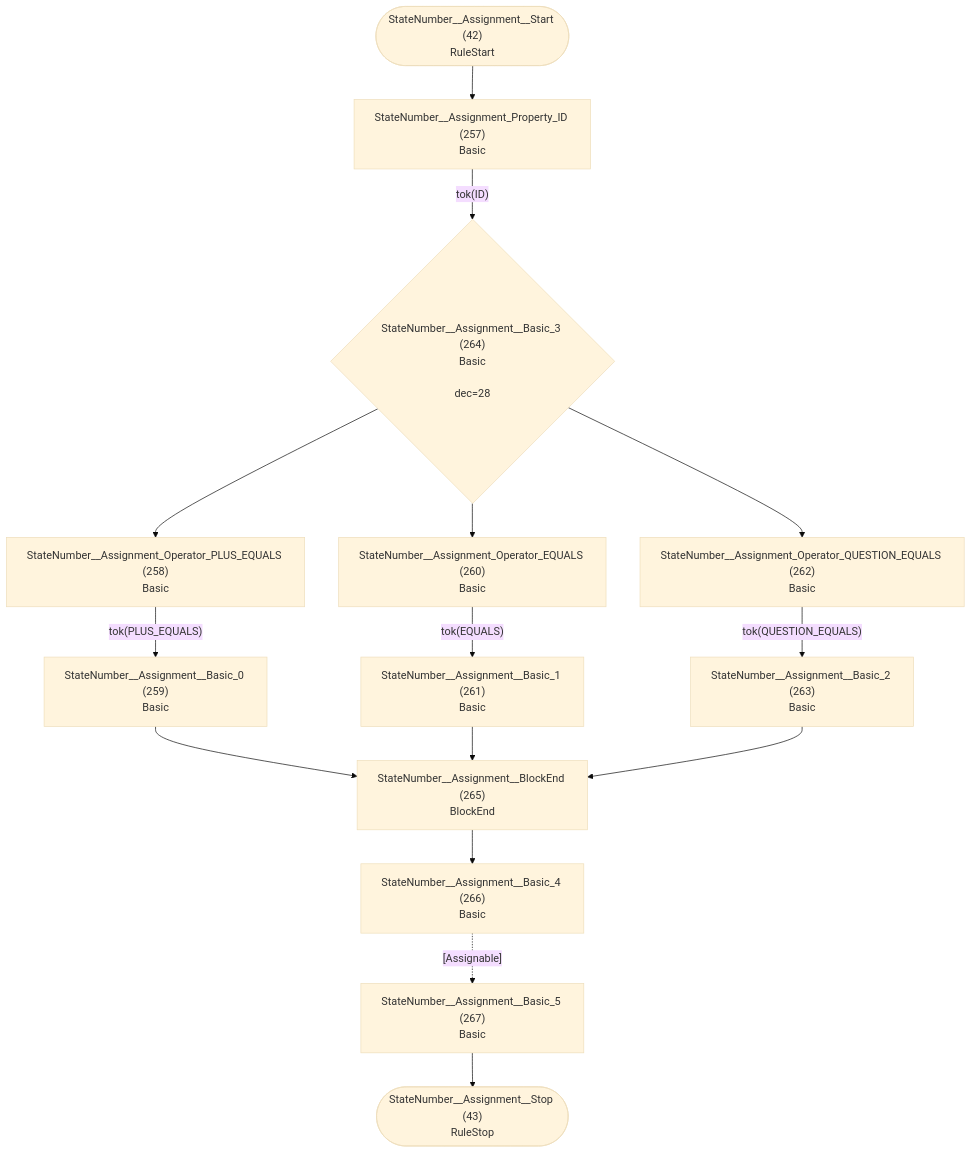
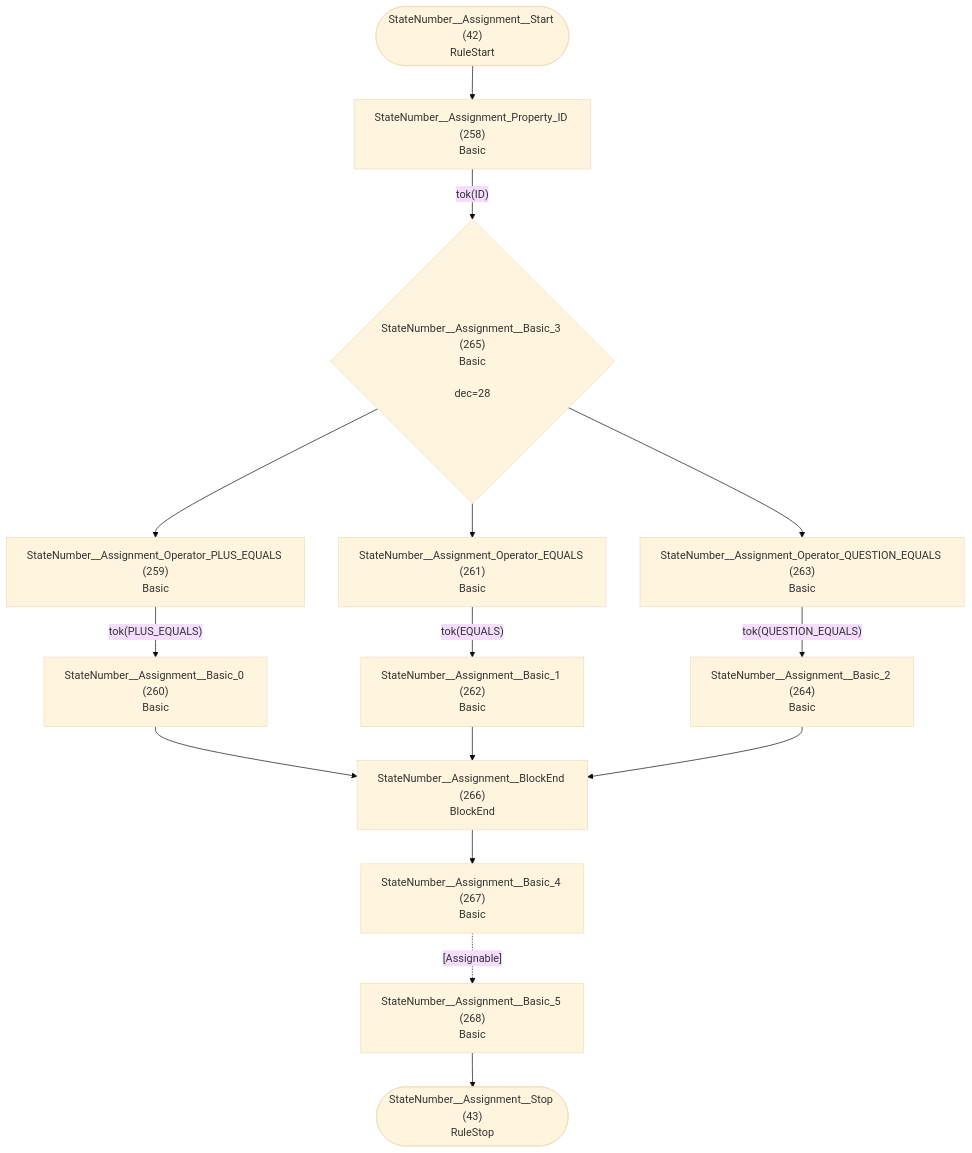
Before and after one commit to TypeFox/fastbelt: diagram 22 of 32 in internal/grammar/atn.md, drawn with Mermaid (base theme). The commit also changed other lines of this file and 6 other files, not shown here.

````diff
--- a/internal/grammar/atn.md
+++ b/internal/grammar/atn.md
@@ -641,31 +643,31 @@
 ```mermaid
 flowchart TD
     q42(["StateNumber__Assignment__Start (42)<br/>RuleStart"])
     q43(["StateNumber__Assignment__Stop (43)<br/>RuleStop"])
-    q257["StateNumber__Assignment_Property_ID (257)<br/>Basic<br/>"]
-    q258["StateNumber__Assignment_Operator_PLUS_EQUALS (258)<br/>Basic<br/>"]
-    q259["StateNumber__Assignment__Basic_0 (259)<br/>Basic<br/>"]
-    q260["StateNumber__Assignment_Operator_EQUALS (260)<br/>Basic<br/>"]
-    q261["StateNumber__Assignment__Basic_1 (261)<br/>Basic<br/>"]
-    q262["StateNumber__Assignment_Operator_QUESTION_EQUALS (262)<br/>Basic<br/>"]
-    q263["StateNumber__Assignment__Basic_2 (263)<br/>Basic<br/>"]
-    q264{"StateNumber__Assignment__Basic_3 (264)<br/>Basic<br/><br/>dec=28"}
-    q265["StateNumber__Assignment__BlockEnd (265)<br/>BlockEnd<br/>"]
-    q266["StateNumber__Assignment__Basic_4 (266)<br/>Basic<br/>"]
-    q267["StateNumber__Assignment__Basic_5 (267)<br/>Basic<br/>"]
+    q258["StateNumber__Assignment_Property_ID (258)<br/>Basic<br/>"]
+    q259["StateNumber__Assignment_Operator_PLUS_EQUALS (259)<br/>Basic<br/>"]
+    q260["StateNumber__Assignment__Basic_0 (260)<br/>Basic<br/>"]
+    q261["StateNumber__Assignment_Operator_EQUALS (261)<br/>Basic<br/>"]
+    q262["StateNumber__Assignment__Basic_1 (262)<br/>Basic<br/>"]
+    q263["StateNumber__Assignment_Operator_QUESTION_EQUALS (263)<br/>Basic<br/>"]
+    q264["StateNumber__Assignment__Basic_2 (264)<br/>Basic<br/>"]
+    q265{"StateNumber__Assignment__Basic_3 (265)<br/>Basic<br/><br/>dec=28"}
+    q266["StateNumber__Assignment__BlockEnd (266)<br/>BlockEnd<br/>"]
+    q267["StateNumber__Assignment__Basic_4 (267)<br/>Basic<br/>"]
+    q268["StateNumber__Assignment__Basic_5 (268)<br/>Basic<br/>"]
 
-    q42 --> q257
-    q257 -->|"tok(ID)"| q264
-    q258 -->|"tok(PLUS_EQUALS)"| q259
-    q259 --> q265
-    q260 -->|"tok(EQUALS)"| q261
-    q261 --> q265
-    q262 -->|"tok(QUESTION_EQUALS)"| q263
-    q263 --> q265
-    q264 --> q258
-    q264 --> q260
-    q264 --> q262
-    q265 --> q266
-    q266 -.->|"[Assignable]"| q267
-    q267 --> q43
+    q42 --> q258
+    q258 -->|"tok(ID)"| q265
+    q259 -->|"tok(PLUS_EQUALS)"| q260
+    q260 --> q266
+    q261 -->|"tok(EQUALS)"| q262
+    q262 --> q266
+    q263 -->|"tok(QUESTION_EQUALS)"| q264
+    q264 --> q266
+    q265 --> q259
+    q265 --> q261
+    q265 --> q263
+    q266 --> q267
+    q267 -.->|"[Assignable]"| q268
+    q268 --> q43
 ```
````
